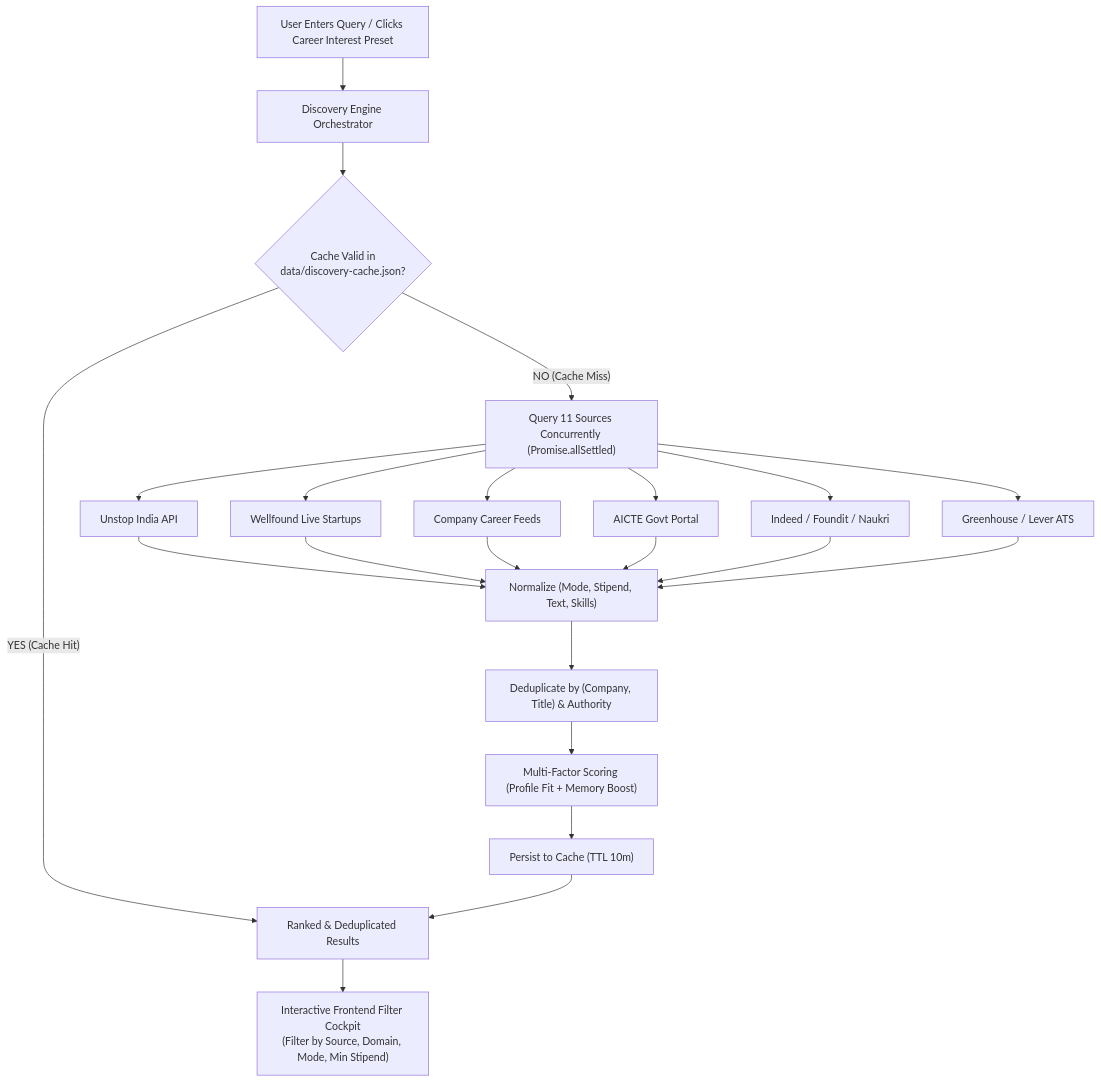
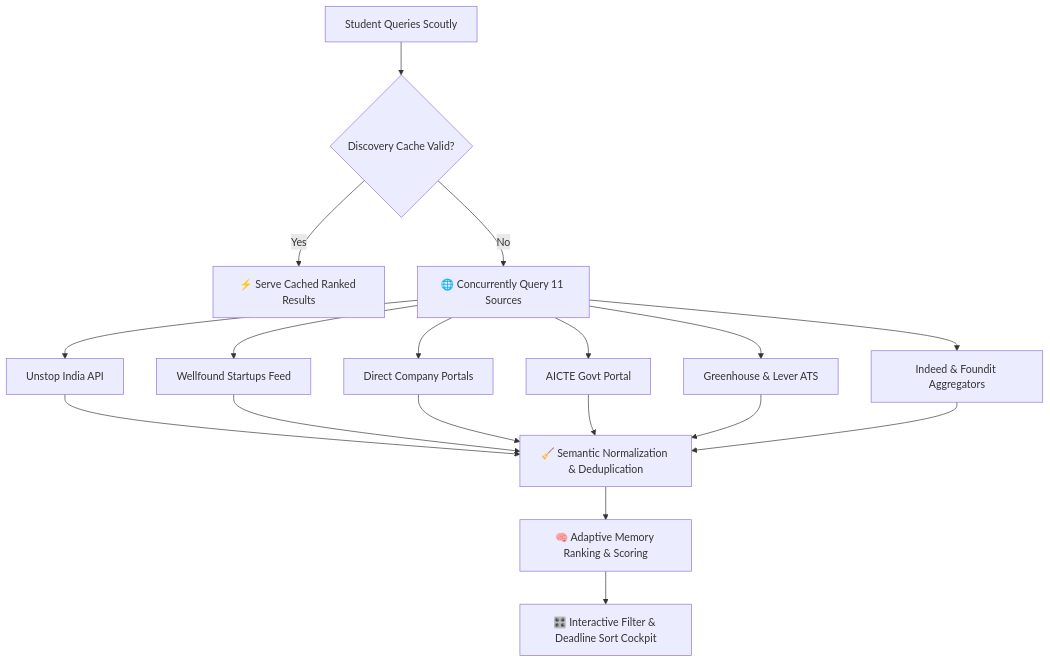
The first of 2 diagrams in README.md (yashharfode/Scoutly), drawn with Mermaid before and after one commit. The commit also changed other lines of this file and 37 other files, not shown here.

Commit message:
docs & fix: overhaul README with full architecture/flowcharts & fix Unstop Quick Apply triggering

````diff
--- a/README.md
+++ b/README.md
@@ -106,24 +126,15 @@
 ```mermaid
 flowchart TD
-    UserQuery["User Enters Query / Clicks Career Interest Preset"] --> DiscoveryEngine["Discovery Engine Orchestrator"]
-    
-    DiscoveryEngine --> CheckCache{"Cache Valid in\ndata/discovery-cache.json?"}
-    CheckCache -- "YES (Cache Hit)" --> RankedFeed["Ranked & Deduplicated Results"]
-    
-    CheckCache -- "NO (Cache Miss)" --> ParallelSearch["Query 11 Sources Concurrently (Promise.allSettled)"]
-    
-    ParallelSearch --> S1["Unstop India API"]
-    ParallelSearch --> S2["Wellfound Live Startups"]
-    ParallelSearch --> S3["Company Career Feeds"]
-    ParallelSearch --> S4["AICTE Govt Portal"]
-    ParallelSearch --> S5["Indeed / Foundit / Naukri"]
-    ParallelSearch --> S6["Greenhouse / Lever ATS"]
-    
-    S1 & S2 & S3 & S4 & S5 & S6 --> Normalizer["Normalize (Mode, Stipend, Text, Skills)"]
-    Normalizer --> Deduplicator["Deduplicate by (Company, Title) & Authority"]
-    Deduplicator --> Ranking["Multi-Factor Scoring (Profile Fit + Memory Boost)"]
-    Ranking --> SaveCache["Persist to Cache (TTL 10m)"]
-    SaveCache --> RankedFeed
-    
-    RankedFeed --> FilterCockpit["Interactive Frontend Filter Cockpit\n(Filter by Source, Domain, Mode, Min Stipend)"]
+    A[Student Queries Scoutly] --> B{Discovery Cache Valid?}
+    B -- Yes --> C[⚡ Serve Cached Ranked Results]
+    B -- No --> D[🌐 Concurrently Query 11 Sources]
+    D --> E[Unstop India API]
+    D --> F[Wellfound Startups Feed]
+    D --> G[Direct Company Portals]
+    D --> H[AICTE Govt Portal]
+    D --> I[Greenhouse & Lever ATS]
+    D --> J[Indeed & Foundit Aggregators]
+    E & F & G & H & I & J --> K[🧹 Semantic Normalization & Deduplication]
+    K --> L[🧠 Adaptive Memory Ranking & Scoring]
+    L --> M[🎛️ Interactive Filter & Deadline Sort Cockpit]
 ```
````
